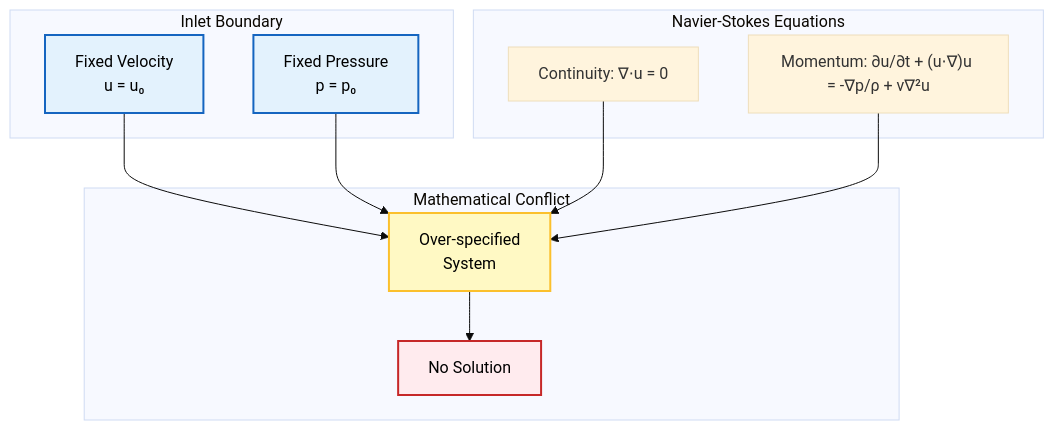
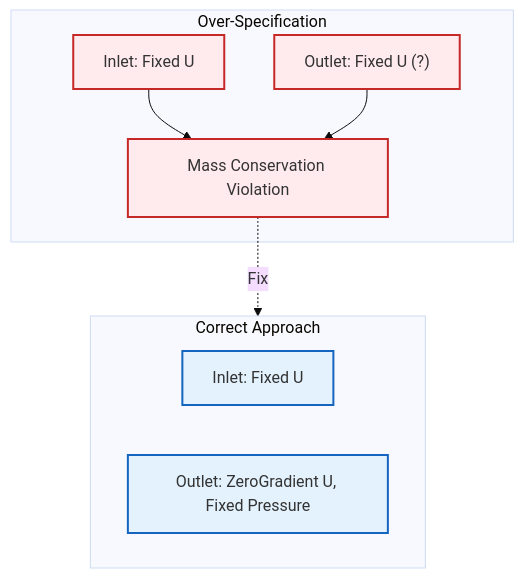
Before and after one commit to wramet/build-my-cfd: the first of 6 diagrams in MODULE_01_CFD_FUNDAMENTALS/CONTENT/03_BOUNDARY_CONDITIONS/07_Troubleshooting_Boundary_Conditions.md, drawn with Mermaid (base theme). The commit also changed other lines of this file and 313 other files, not shown here.

Commit message:
Revise all diagram

````diff
--- a/MODULE_01_CFD_FUNDAMENTALS/CONTENT/03_BOUNDARY_CONDITIONS/07_Troubleshooting_Boundary_Conditions.md
+++ b/MODULE_01_CFD_FUNDAMENTALS/CONTENT/03_BOUNDARY_CONDITIONS/07_Troubleshooting_Boundary_Conditions.md
@@ -36,28 +36,21 @@
 ```mermaid
 graph TD
-    subgraph "Inlet Boundary"
-        A["Fixed Velocity<br/>u = u₀"]:::process
-        B["Fixed Pressure<br/>p = p₀"]:::process
-    end
+%% Mathematical Conflict
+subgraph Conflict ["Over-Specification"]
+    Inlet["Inlet: Fixed U"]:::explicit
+    Outlet["Outlet: Fixed U (?)"]:::explicit
+    Problem["Mass Conservation Violation"]:::explicit
+end
 
-    subgraph "Mathematical Conflict"
-        C["Over-specified<br/>System"]:::decision
-        D["No Solution"]:::terminator
-    end
+subgraph Solution ["Correct Approach"]
+    InletFixed["Inlet: Fixed U"]:::implicit
+    OutletOpen["Outlet: ZeroGradient U, Fixed Pressure"]:::implicit
+end
 
-    subgraph "Navier-Stokes Equations"
-        E["Continuity: ∇⋅u = 0"]
-        F["Momentum: ∂u/∂t + (u⋅∇)u = -∇p/ρ + ν∇²u"]
-    end
+Inlet & Outlet --> Problem
+Problem -.->|Fix| Solution
 
-    A --> C
-    B --> C
-    C --> D
-    E --> C
-    F --> C
-
-    classDef process fill:#e3f2fd,stroke:#1565c0,stroke-width:2px,color:#000;
-    classDef decision fill:#fff9c4,stroke:#fbc02d,stroke-width:2px,color:#000;
-    classDef terminator fill:#ffebee,stroke:#c62828,stroke-width:2px,color:#000;
-    classDef storage fill:#e8f5e9,stroke:#2e7d32,stroke-width:2px,color:#000;
+%% Classes
+classDef implicit fill:#e3f2fd,stroke:#1565c0,stroke-width:2px;
+classDef explicit fill:#ffebee,stroke:#c62828,stroke-width:2px;
 ```
````
